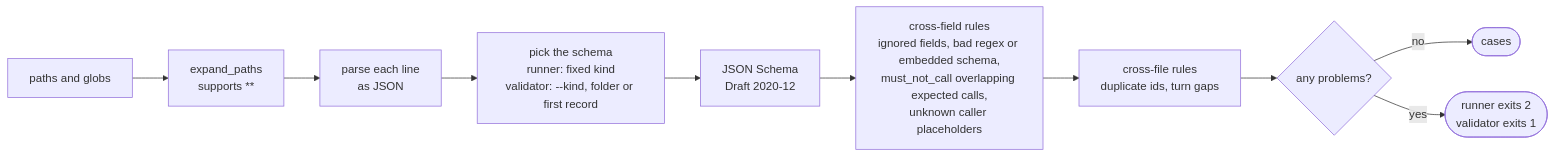
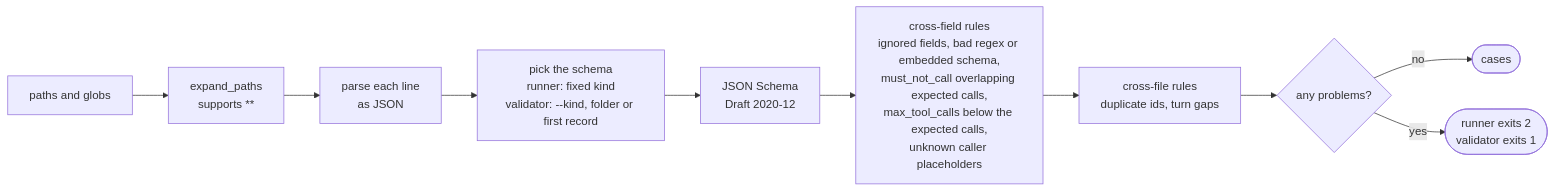
The fourth of 17 diagrams in docs/architecture.md (bradrlaw/foundryToolboxEval), drawn with Mermaid before and after one commit. The commit also changed other lines of this file and 17 other files, not shown here.

````diff
--- a/docs/architecture.md
+++ b/docs/architecture.md
@@ -226,12 +227,12 @@
 ```mermaid
 flowchart LR
     paths["paths and globs"] --> expand["expand_paths<br/>supports **"]
     expand --> read["parse each line<br/>as JSON"]
     read --> kind["pick the schema<br/>runner: fixed kind<br/>validator: --kind, folder or first record"]
     kind --> schema["JSON Schema<br/>Draft 2020-12"]
-    schema --> rules["cross-field rules<br/>ignored fields, bad regex or embedded schema,<br/>must_not_call overlapping expected calls,<br/>unknown caller placeholders"]
+    schema --> rules["cross-field rules<br/>ignored fields, bad regex or embedded schema,<br/>must_not_call overlapping expected calls,<br/>max_tool_calls below the expected calls,<br/>unknown caller placeholders"]
     rules --> files["cross-file rules<br/>duplicate ids, turn gaps"]
     files --> ok{"any problems?"}
     ok -->|"no"| cases(["cases"])
     ok -->|"yes"| stop(["runner exits 2<br/>validator exits 1"])
 ```
````
